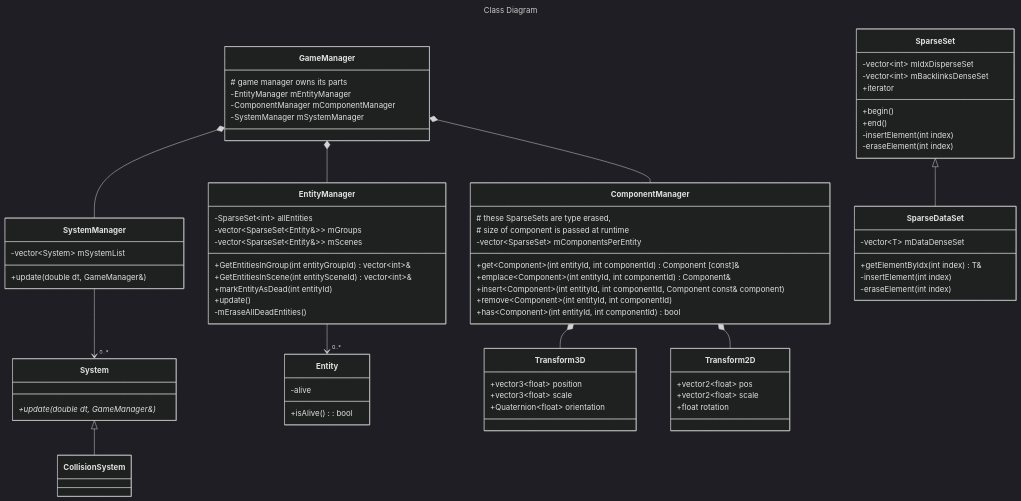
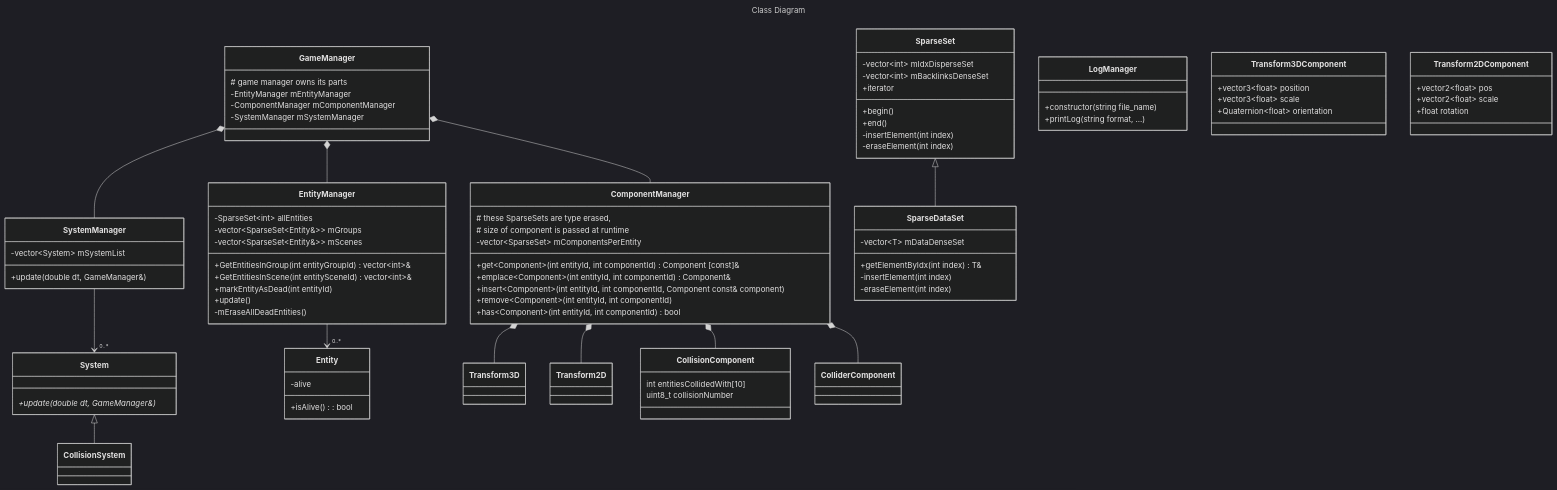
Before and after one commit to IzanDeVegaLopez/Proyectos3_GDV_2025_26: the second of 2 diagrams in documentation/architecture.md, drawn with Mermaid (dark theme). The commit also changed other lines of this file, not shown here.

````diff
--- a/documentation/architecture.md
+++ b/documentation/architecture.md
@@ -104,11 +106,17 @@
 	EntityManager --> "0..*" Entity
 	ComponentManager *-- Transform3D  
 	ComponentManager *-- Transform2D
+	ComponentManager *-- CollisionComponent
+	ComponentManager *-- ColliderComponent
 	System <|-- CollisionSystem
 	SparseSet <|-- SparseDataSet
 	class Entity{
 		-alive
 		+isAlive() : bool
+	}
+	class LogManager{
+		+constructor(string file_name)
+		+printLog(string format, ...)
 	}
 	class SystemManager{
 		-vector~System~ mSystemList
@@ -159,14 +167,21 @@
 		-insertElement(int index)
 		-eraseElement(int index)
     }
-	class Transform3D{
+	class Transform3DComponent{
 		+vector3~float~ position
 		+vector3~float~ scale
 		+Quaternion~float~ orientation
 	}
-	class Transform2D{
+	class Transform2DComponent{
 		+vector2~float~ pos
 		+vector2~float~ scale
 		+float rotation
 	}
+	class CollisionComponent{
+		int entitiesCollidedWith[10]
+		uint8_t collisionNumber
+	}
+	class ColliderComponent{
+
+	}
 ```
````
